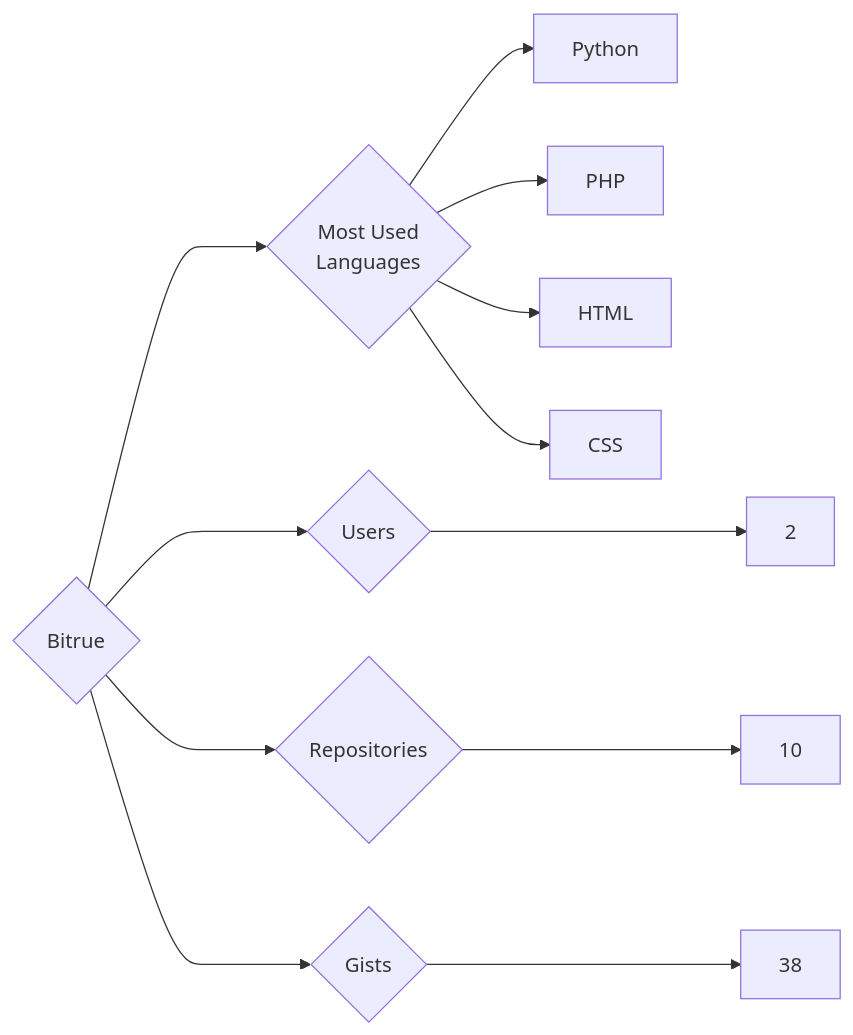
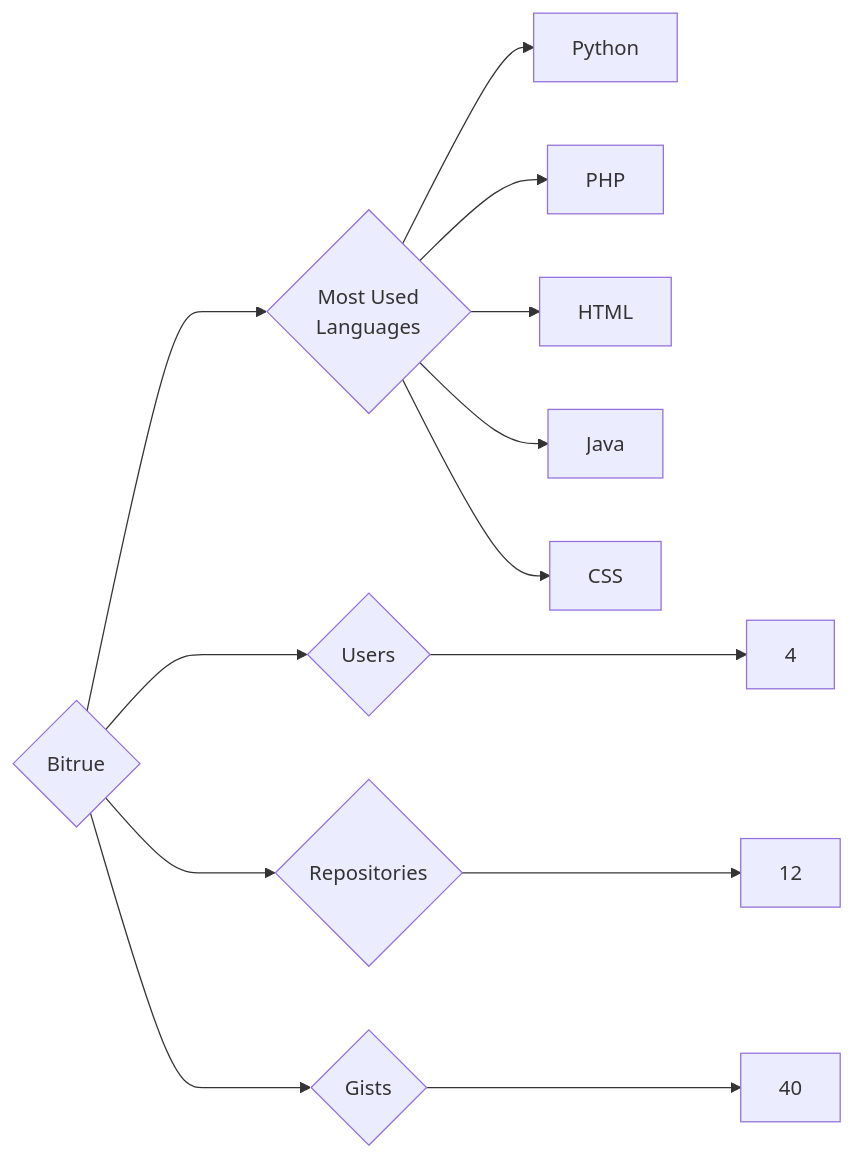
The diagram in targets/Bitrue/README.md (trickest/insiders), drawn with Mermaid before and after one commit. The commit also changed 998 other files, not shown here.

````diff
--- a/targets/Bitrue/README.md
+++ b/targets/Bitrue/README.md
@@ -3,12 +3,13 @@
 ```mermaid
 graph LR
 COMPANY_NAME{Bitrue}
-COMPANY_NAME ---> U{Users} ---> UN[2]
-COMPANY_NAME ---> R{Repositories} ---> RN[10]
-COMPANY_NAME ---> G{Gists} ---> GN[38]
+COMPANY_NAME ---> U{Users} ---> UN[4]
+COMPANY_NAME ---> R{Repositories} ---> RN[12]
+COMPANY_NAME ---> G{Gists} ---> GN[40]
 COMPANY_NAME ---> ML{Most Used<br>Languages}
 ML --> Python[Python]
 ML --> PHP[PHP]
 ML --> HTML[HTML]
+ML --> Java[Java]
 ML --> CSS[CSS]
 ```
````
